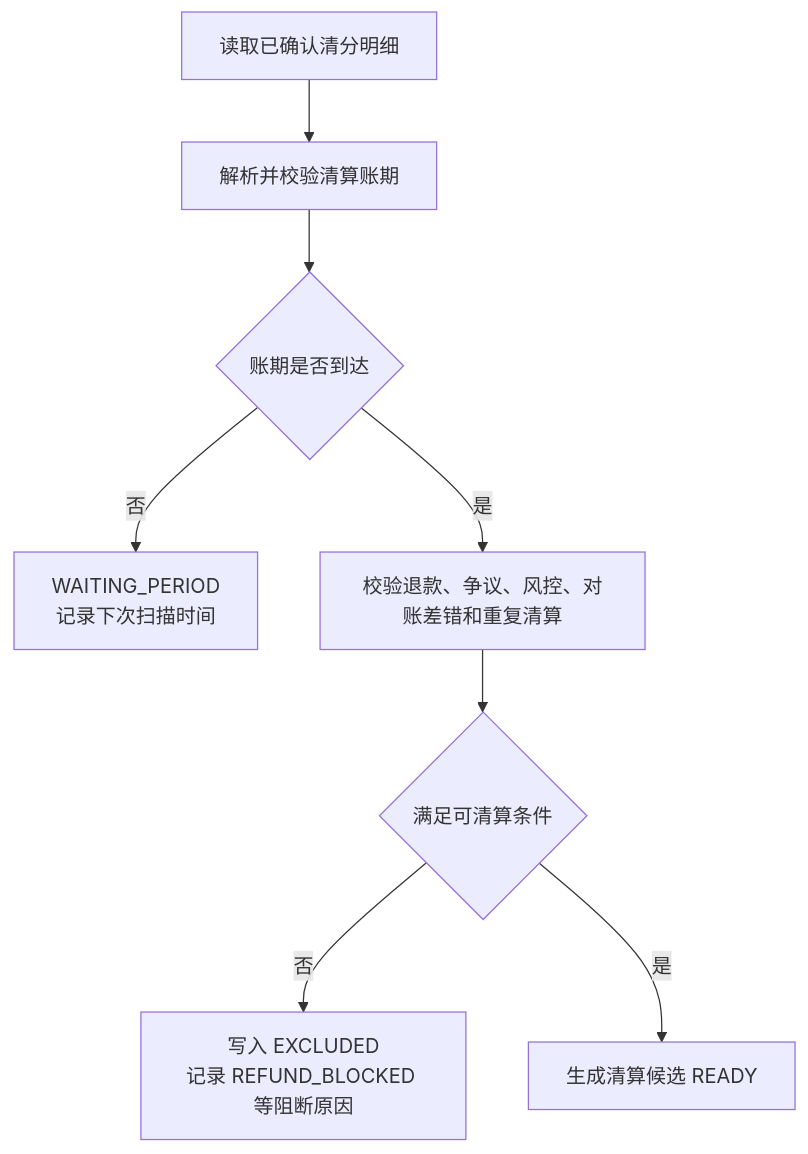
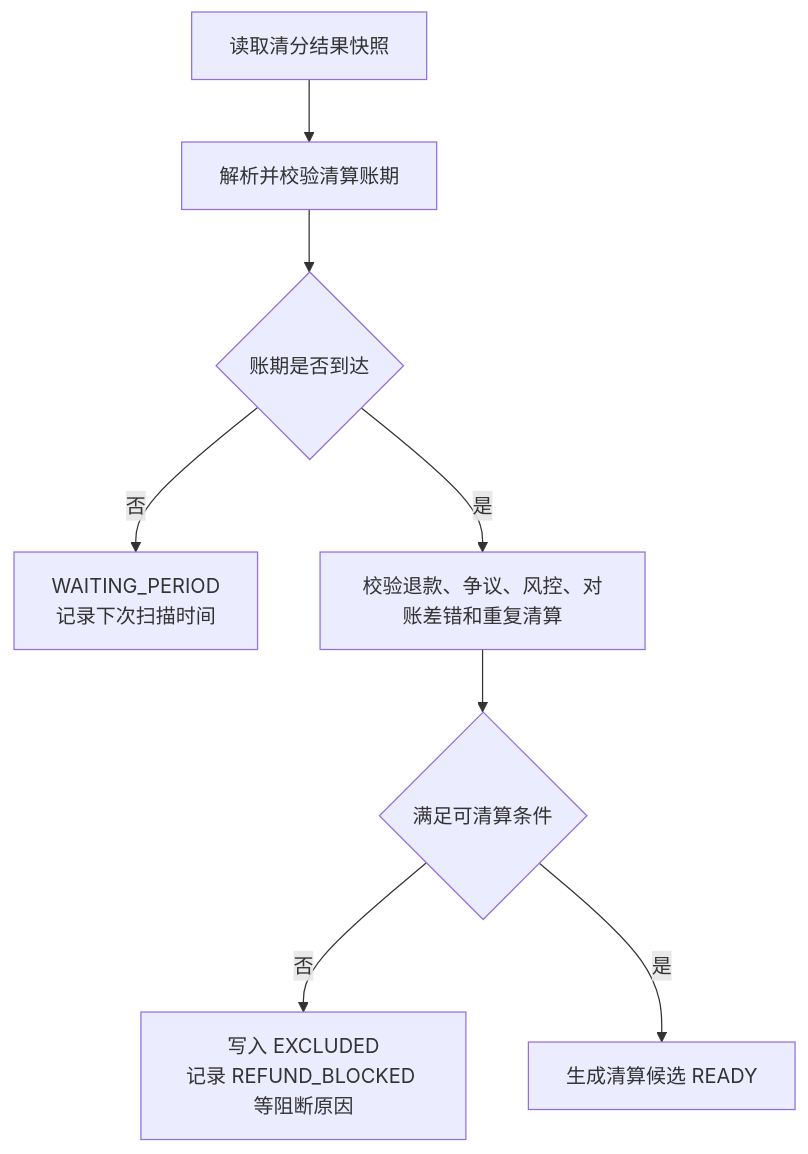
One commit to fengwuxp/wind-funds changed diagram 11 of 17 in docs/系分设计/03-清结算与对账系分设计.md. Above: the diagram before and after it, drawn with Mermaid. The commit also changed other lines of this file and 52 other files, not shown here.

````diff
--- a/docs/系分设计/03-清结算与对账系分设计.md
+++ b/docs/系分设计/03-清结算与对账系分设计.md
@@ -653,10 +679,10 @@
 ```mermaid
 flowchart TD
-    A["读取已确认清分明细"] --> B["解析并校验清算账期"]
+    A["读取清分结果快照"] --> B["解析并校验清算账期"]
     B --> C{"账期是否到达"}
     C -- "否" --> D["WAITING_PERIOD\n记录下次扫描时间"]
     C -- "是" --> E["校验退款、争议、风控、对账差错和重复清算"]
     E --> F{"满足可清算条件"}
     F -- "否" --> G["写入 EXCLUDED\n记录 REFUND_BLOCKED 等阻断原因"]
     F -- "是" --> H["生成清算候选 READY"]
 ```
````
